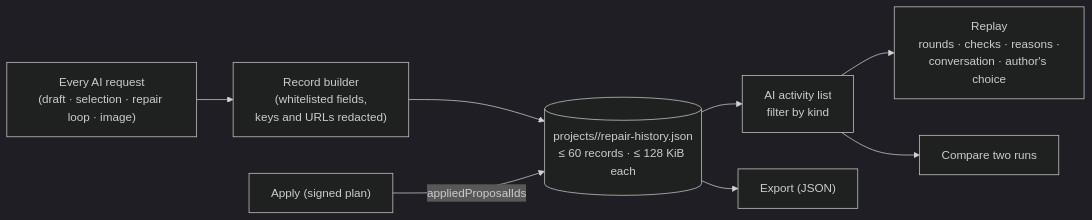
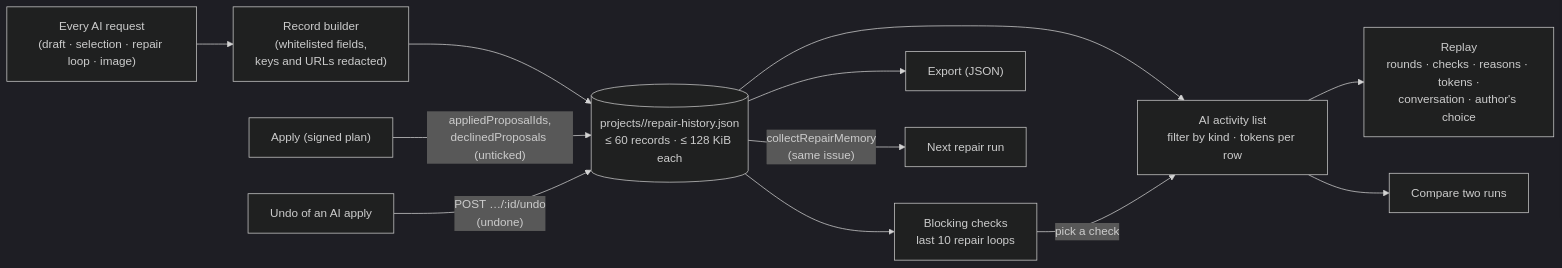
Before and after one commit to Sisyphe42/ReignsAgent: the fourth of 4 diagrams in docs/architecture/ai-assist.md, drawn with Mermaid (dark theme). The commit also changed other lines of this file and 4 other files, not shown here.

First line of the commit message:
docs: usage, blocking-check summary, author-declined memory, draft context

````diff
--- a/docs/architecture/ai-assist.md
+++ b/docs/architecture/ai-assist.md
@@ -146,10 +157,14 @@
 ```mermaid
 flowchart LR
   REQ["Every AI request\n(draft · selection · repair loop · image)"] --> REC["Record builder\n(whitelisted fields,\nkeys and URLs redacted)"]
   REC --> FILE[("projects/<id>/repair-history.json\n≤ 60 records · ≤ 128 KiB each")]
-  FILE --> LIST["AI activity list\nfilter by kind"]
-  LIST --> REPLAY["Replay\nrounds · checks · reasons ·\nconversation · author's choice"]
+  FILE --> LIST["AI activity list\nfilter by kind · tokens per row"]
+  FILE --> STATS["Blocking checks\nlast 10 repair loops"]
+  STATS -->|"pick a check"| LIST
+  LIST --> REPLAY["Replay\nrounds · checks · reasons · tokens ·\nconversation · author's choice"]
   LIST --> CMP["Compare two runs"]
   FILE --> EXP["Export (JSON)"]
-  APPLY["Apply (signed plan)"] -->|"appliedProposalIds"| FILE
+  APPLY["Apply (signed plan)"] -->|"appliedProposalIds,\ndeclinedProposals (unticked)"| FILE
+  UNDO["Undo of an AI apply"] -->|"POST …/:id/undo\n(undone)"| FILE
+  FILE -->|"collectRepairMemory\n(same issue)"| NEXT["Next repair run"]
 ```
````
